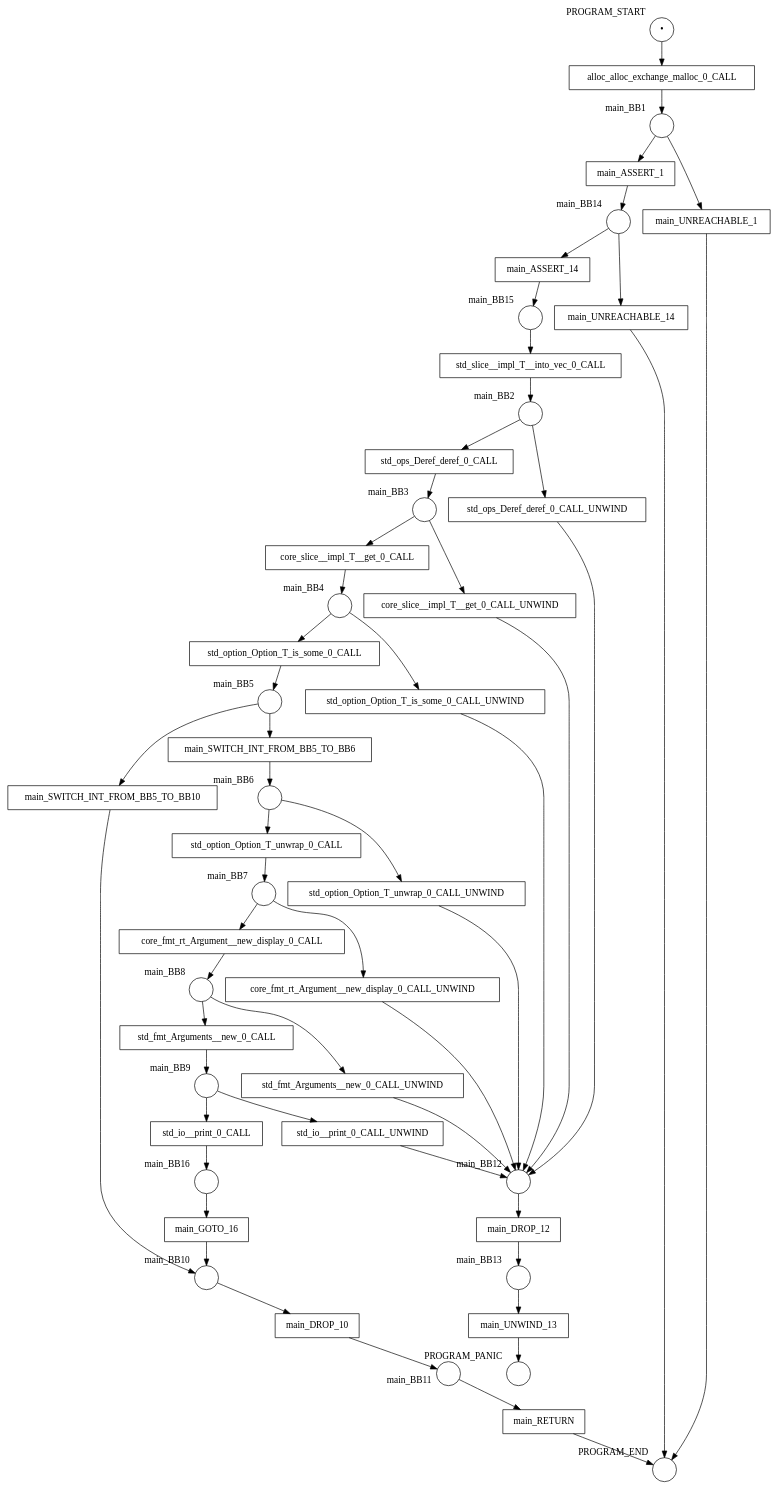
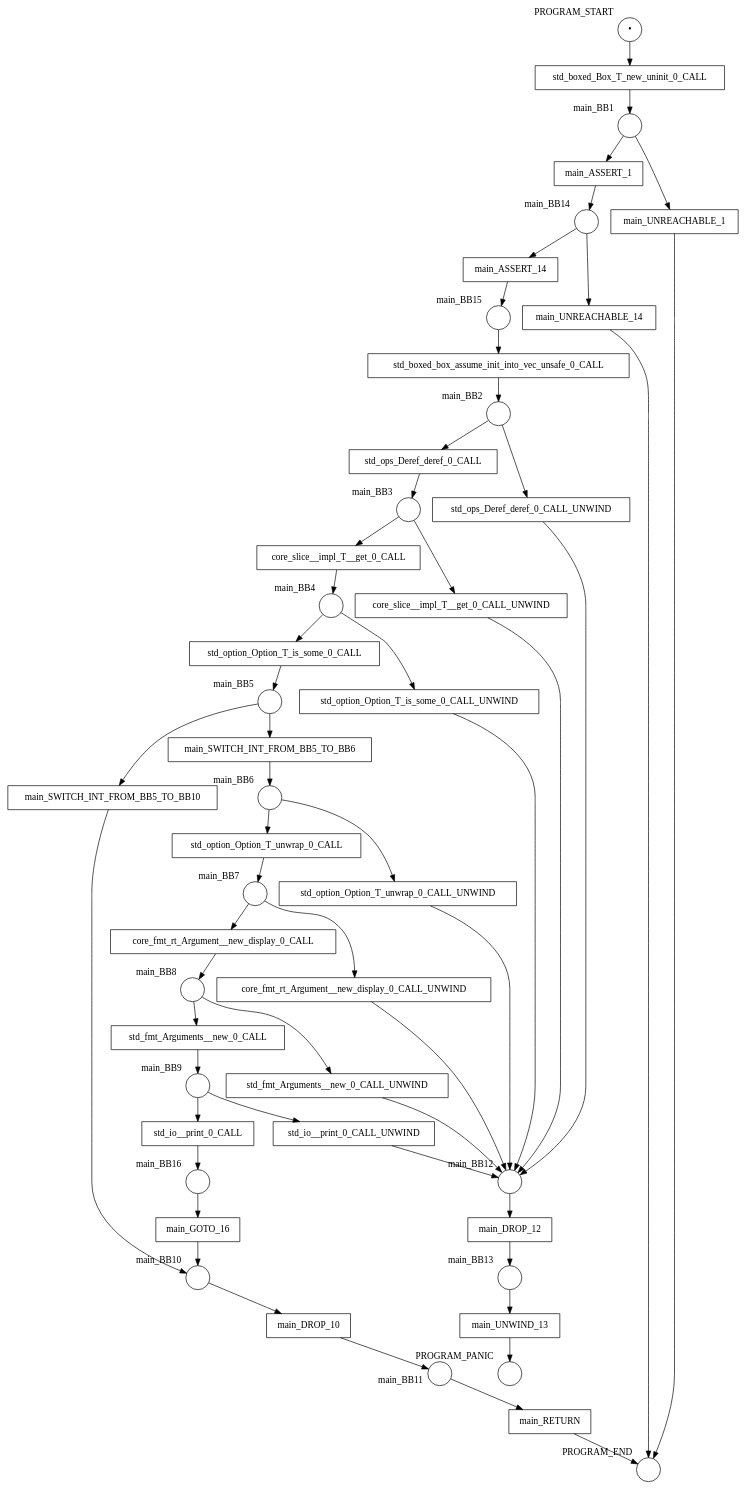
One commit to hlisdero/cargo-check-deadlock changed the diagram in examples/results/statement/option/net.dot. Above: the diagram before and after it, drawn with Graphviz. The commit also changed 7 other files, not shown here.

```diff
--- a/examples/results/statement/option/net.dot
+++ b/examples/results/statement/option/net.dot
@@ -1,102 +1,102 @@
 digraph petrinet {
     PROGRAM_END [shape="circle" xlabel="PROGRAM_END" label=""];
     PROGRAM_PANIC [shape="circle" xlabel="PROGRAM_PANIC" label=""];
     PROGRAM_START [shape="circle" xlabel="PROGRAM_START" label="•"];
     main_BB1 [shape="circle" xlabel="main_BB1" label=""];
     main_BB10 [shape="circle" xlabel="main_BB10" label=""];
     main_BB11 [shape="circle" xlabel="main_BB11" label=""];
     main_BB12 [shape="circle" xlabel="main_BB12" label=""];
     main_BB13 [shape="circle" xlabel="main_BB13" label=""];
     main_BB14 [shape="circle" xlabel="main_BB14" label=""];
     main_BB15 [shape="circle" xlabel="main_BB15" label=""];
     main_BB16 [shape="circle" xlabel="main_BB16" label=""];
     main_BB2 [shape="circle" xlabel="main_BB2" label=""];
     main_BB3 [shape="circle" xlabel="main_BB3" label=""];
     main_BB4 [shape="circle" xlabel="main_BB4" label=""];
     main_BB5 [shape="circle" xlabel="main_BB5" label=""];
     main_BB6 [shape="circle" xlabel="main_BB6" label=""];
     main_BB7 [shape="circle" xlabel="main_BB7" label=""];
     main_BB8 [shape="circle" xlabel="main_BB8" label=""];
     main_BB9 [shape="circle" xlabel="main_BB9" label=""];
-    alloc_alloc_exchange_malloc_0_CALL [shape="box" xlabel="" label="alloc_alloc_exchange_malloc_0_CALL"];
     core_fmt_rt_Argument__new_display_0_CALL [shape="box" xlabel="" label="core_fmt_rt_Argument__new_display_0_CALL"];
     core_fmt_rt_Argument__new_display_0_CALL_UNWIND [shape="box" xlabel="" label="core_fmt_rt_Argument__new_display_0_CALL_UNWIND"];
     core_slice__impl_T__get_0_CALL [shape="box" xlabel="" label="core_slice__impl_T__get_0_CALL"];
     core_slice__impl_T__get_0_CALL_UNWIND [shape="box" xlabel="" label="core_slice__impl_T__get_0_CALL_UNWIND"];
     main_ASSERT_1 [shape="box" xlabel="" label="main_ASSERT_1"];
     main_ASSERT_14 [shape="box" xlabel="" label="main_ASSERT_14"];
     main_DROP_10 [shape="box" xlabel="" label="main_DROP_10"];
     main_DROP_12 [shape="box" xlabel="" label="main_DROP_12"];
     main_GOTO_16 [shape="box" xlabel="" label="main_GOTO_16"];
     main_RETURN [shape="box" xlabel="" label="main_RETURN"];
     main_SWITCH_INT_FROM_BB5_TO_BB10 [shape="box" xlabel="" label="main_SWITCH_INT_FROM_BB5_TO_BB10"];
     main_SWITCH_INT_FROM_BB5_TO_BB6 [shape="box" xlabel="" label="main_SWITCH_INT_FROM_BB5_TO_BB6"];
     main_UNREACHABLE_1 [shape="box" xlabel="" label="main_UNREACHABLE_1"];
     main_UNREACHABLE_14 [shape="box" xlabel="" label="main_UNREACHABLE_14"];
     main_UNWIND_13 [shape="box" xlabel="" label="main_UNWIND_13"];
+    std_boxed_Box_T_new_uninit_0_CALL [shape="box" xlabel="" label="std_boxed_Box_T_new_uninit_0_CALL"];
+    std_boxed_box_assume_init_into_vec_unsafe_0_CALL [shape="box" xlabel="" label="std_boxed_box_assume_init_into_vec_unsafe_0_CALL"];
     std_fmt_Arguments__new_0_CALL [shape="box" xlabel="" label="std_fmt_Arguments__new_0_CALL"];
     std_fmt_Arguments__new_0_CALL_UNWIND [shape="box" xlabel="" label="std_fmt_Arguments__new_0_CALL_UNWIND"];
     std_io__print_0_CALL [shape="box" xlabel="" label="std_io__print_0_CALL"];
     std_io__print_0_CALL_UNWIND [shape="box" xlabel="" label="std_io__print_0_CALL_UNWIND"];
     std_ops_Deref_deref_0_CALL [shape="box" xlabel="" label="std_ops_Deref_deref_0_CALL"];
     std_ops_Deref_deref_0_CALL_UNWIND [shape="box" xlabel="" label="std_ops_Deref_deref_0_CALL_UNWIND"];
     std_option_Option_T_is_some_0_CALL [shape="box" xlabel="" label="std_option_Option_T_is_some_0_CALL"];
     std_option_Option_T_is_some_0_CALL_UNWIND [shape="box" xlabel="" label="std_option_Option_T_is_some_0_CALL_UNWIND"];
     std_option_Option_T_unwrap_0_CALL [shape="box" xlabel="" label="std_option_Option_T_unwrap_0_CALL"];
     std_option_Option_T_unwrap_0_CALL_UNWIND [shape="box" xlabel="" label="std_option_Option_T_unwrap_0_CALL_UNWIND"];
-    std_slice__impl_T__into_vec_0_CALL [shape="box" xlabel="" label="std_slice__impl_T__into_vec_0_CALL"];
-    PROGRAM_START -> alloc_alloc_exchange_malloc_0_CALL;
+    PROGRAM_START -> std_boxed_Box_T_new_uninit_0_CALL;
     main_BB1 -> main_ASSERT_1;
     main_BB1 -> main_UNREACHABLE_1;
     main_BB10 -> main_DROP_10;
     main_BB11 -> main_RETURN;
     main_BB12 -> main_DROP_12;
     main_BB13 -> main_UNWIND_13;
     main_BB14 -> main_ASSERT_14;
     main_BB14 -> main_UNREACHABLE_14;
-    main_BB15 -> std_slice__impl_T__into_vec_0_CALL;
+    main_BB15 -> std_boxed_box_assume_init_into_vec_unsafe_0_CALL;
     main_BB16 -> main_GOTO_16;
     main_BB2 -> std_ops_Deref_deref_0_CALL;
     main_BB2 -> std_ops_Deref_deref_0_CALL_UNWIND;
     main_BB3 -> core_slice__impl_T__get_0_CALL;
     main_BB3 -> core_slice__impl_T__get_0_CALL_UNWIND;
     main_BB4 -> std_option_Option_T_is_some_0_CALL;
     main_BB4 -> std_option_Option_T_is_some_0_CALL_UNWIND;
     main_BB5 -> main_SWITCH_INT_FROM_BB5_TO_BB10;
     main_BB5 -> main_SWITCH_INT_FROM_BB5_TO_BB6;
     main_BB6 -> std_option_Option_T_unwrap_0_CALL;
     main_BB6 -> std_option_Option_T_unwrap_0_CALL_UNWIND;
     main_BB7 -> core_fmt_rt_Argument__new_display_0_CALL;
     main_BB7 -> core_fmt_rt_Argument__new_display_0_CALL_UNWIND;
     main_BB8 -> std_fmt_Arguments__new_0_CALL;
     main_BB8 -> std_fmt_Arguments__new_0_CALL_UNWIND;
     main_BB9 -> std_io__print_0_CALL;
     main_BB9 -> std_io__print_0_CALL_UNWIND;
-    alloc_alloc_exchange_malloc_0_CALL -> main_BB1;
     core_fmt_rt_Argument__new_display_0_CALL -> main_BB8;
     core_fmt_rt_Argument__new_display_0_CALL_UNWIND -> main_BB12;
     core_slice__impl_T__get_0_CALL -> main_BB4;
     core_slice__impl_T__get_0_CALL_UNWIND -> main_BB12;
     main_ASSERT_1 -> main_BB14;
     main_ASSERT_14 -> main_BB15;
     main_DROP_10 -> main_BB11;
     main_DROP_12 -> main_BB13;
     main_GOTO_16 -> main_BB10;
     main_RETURN -> PROGRAM_END;
     main_SWITCH_INT_FROM_BB5_TO_BB10 -> main_BB10;
     main_SWITCH_INT_FROM_BB5_TO_BB6 -> main_BB6;
     main_UNREACHABLE_1 -> PROGRAM_END;
     main_UNREACHABLE_14 -> PROGRAM_END;
     main_UNWIND_13 -> PROGRAM_PANIC;
+    std_boxed_Box_T_new_uninit_0_CALL -> main_BB1;
+    std_boxed_box_assume_init_into_vec_unsafe_0_CALL -> main_BB2;
     std_fmt_Arguments__new_0_CALL -> main_BB9;
     std_fmt_Arguments__new_0_CALL_UNWIND -> main_BB12;
     std_io__print_0_CALL -> main_BB16;
     std_io__print_0_CALL_UNWIND -> main_BB12;
     std_ops_Deref_deref_0_CALL -> main_BB3;
     std_ops_Deref_deref_0_CALL_UNWIND -> main_BB12;
     std_option_Option_T_is_some_0_CALL -> main_BB5;
     std_option_Option_T_is_some_0_CALL_UNWIND -> main_BB12;
     std_option_Option_T_unwrap_0_CALL -> main_BB7;
     std_option_Option_T_unwrap_0_CALL_UNWIND -> main_BB12;
-    std_slice__impl_T__into_vec_0_CALL -> main_BB2;
 }
```
